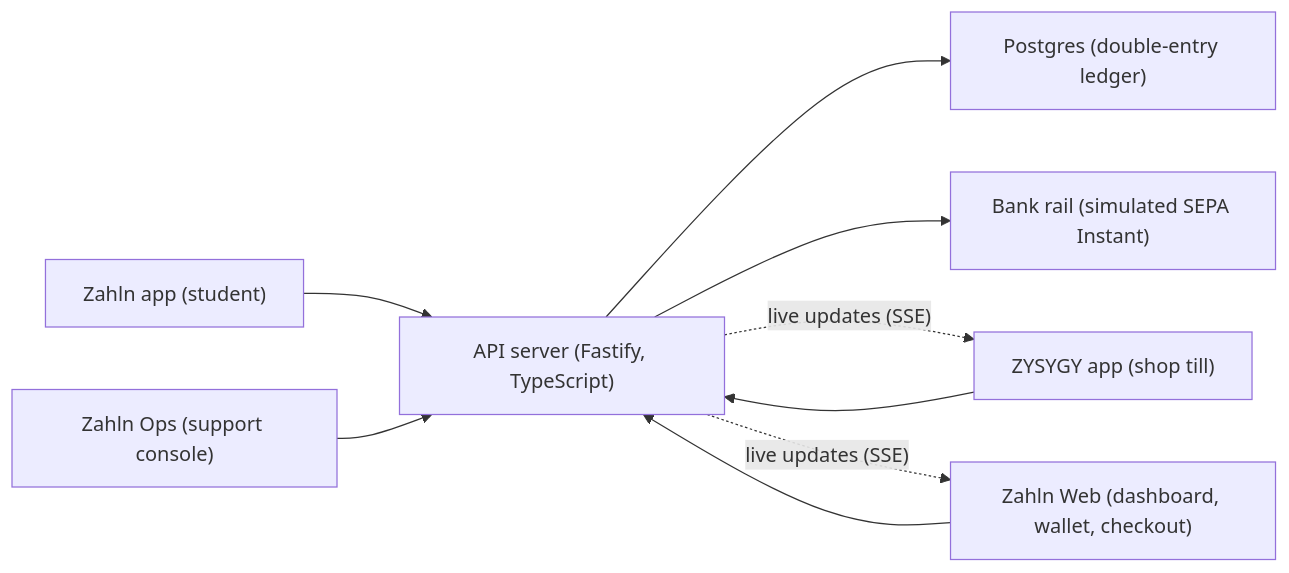
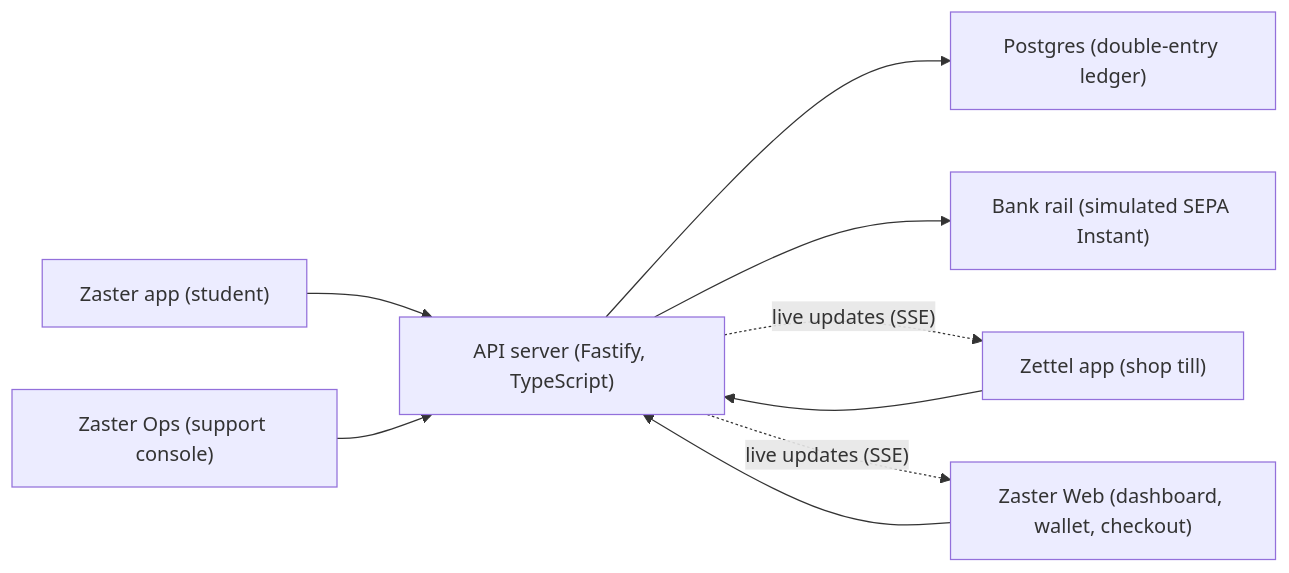
One commit to JaydeepAgravat/zahln changed the first of 2 diagrams in README.md. Above: the diagram before and after it, drawn with Mermaid. The commit also changed other lines of this file and 352 other files, not shown here.

First line of the commit message:
Rename the apps: Zahln becomes Zaster, ZYSYGY becomes Zettel

````diff
--- a/README.md
+++ b/README.md
@@ -128,11 +128,11 @@
 ```mermaid
 flowchart LR
-  Z["Zahln app (student)"] --> API
-  Y["ZYSYGY app (shop till)"] --> API
-  W["Zahln Web (dashboard, wallet, checkout)"] --> API
-  C["Zahln Ops (support console)"] --> API
+  Z["Zaster app (student)"] --> API
+  Y["Zettel app (shop till)"] --> API
+  W["Zaster Web (dashboard, wallet, checkout)"] --> API
+  C["Zaster Ops (support console)"] --> API
   API["API server (Fastify, TypeScript)"] --> DB["Postgres (double-entry ledger)"]
   API --> BANK["Bank rail (simulated SEPA Instant)"]
   API -. "live updates (SSE)" .-> Y
   API -. "live updates (SSE)" .-> W
 ```
````
